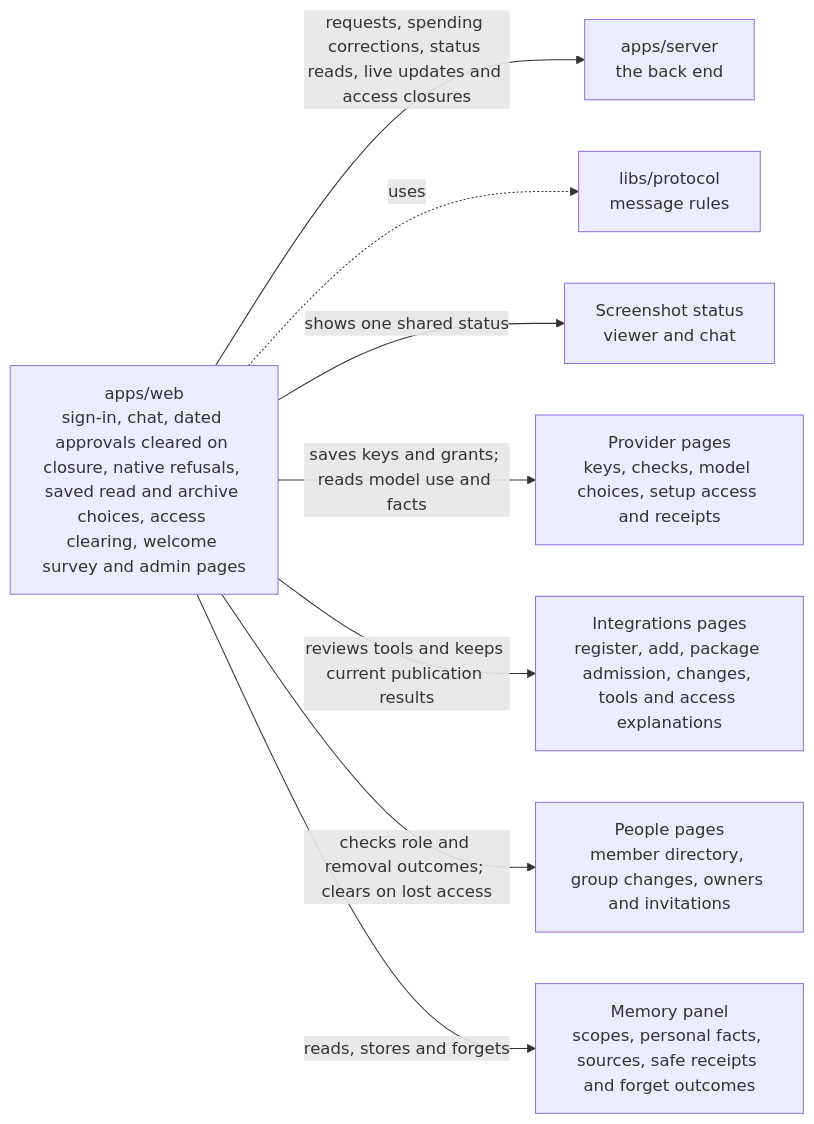
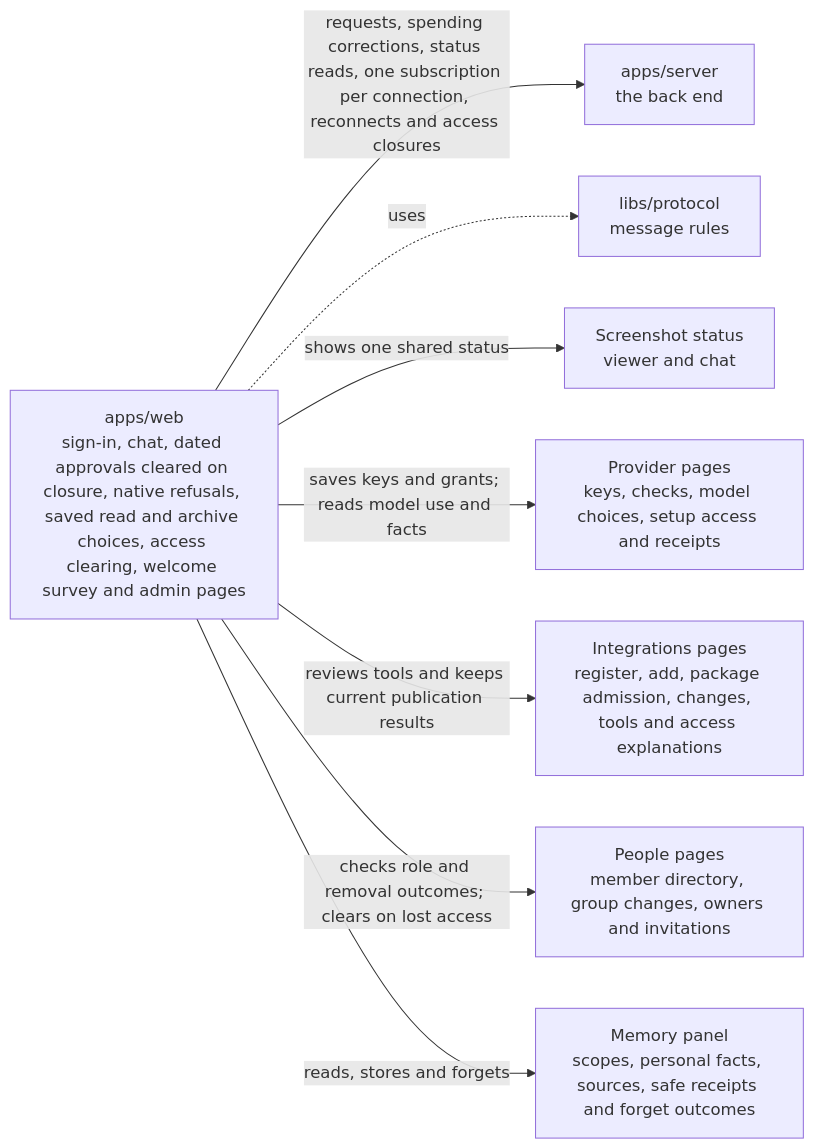
Before and after one commit to elewa-git/opencrane-new: the diagram in apps/web/README.md, drawn with Mermaid. The commit also changed other lines of this file and 16 other files, not shown here.

Commit message:
⚡ Save streamed reply pieces together and keep one chat subscription

````diff
--- a/apps/web/README.md
+++ b/apps/web/README.md
@@ -11,10 +11,10 @@
 ```mermaid
 flowchart LR
-  web["apps/web<br/>sign-in, chat, dated approvals cleared on closure, native refusals, saved read and archive choices, access clearing, welcome survey and admin pages"] -->|requests, spending corrections, status reads, live updates and access closures| server["apps/server<br/>the back end"]
+  web["apps/web<br/>sign-in, chat, dated approvals cleared on closure, native refusals, saved read and archive choices, access clearing, welcome survey and admin pages"] -->|requests, spending corrections, status reads, one subscription per connection, reconnects and access closures| server["apps/server<br/>the back end"]
   web -.->|uses| protocol["libs/protocol<br/>message rules"]
   web -->|shows one shared status| capture["Screenshot status<br/>viewer and chat"]
   web -->|saves keys and grants; reads model use and facts| providers["Provider pages<br/>keys, checks, model choices, setup access and receipts"]
   web -->|reviews tools and keeps current publication results| integrations["Integrations pages<br/>register, add, package admission, changes, tools and access explanations"]
   web -->|checks role and removal outcomes; clears on lost access| people["People pages<br/>member directory, group changes, owners and invitations"]
   web -->|reads, stores and forgets| memory["Memory panel<br/>scopes, personal facts, sources, safe receipts and forget outcomes"]
 ```
````
